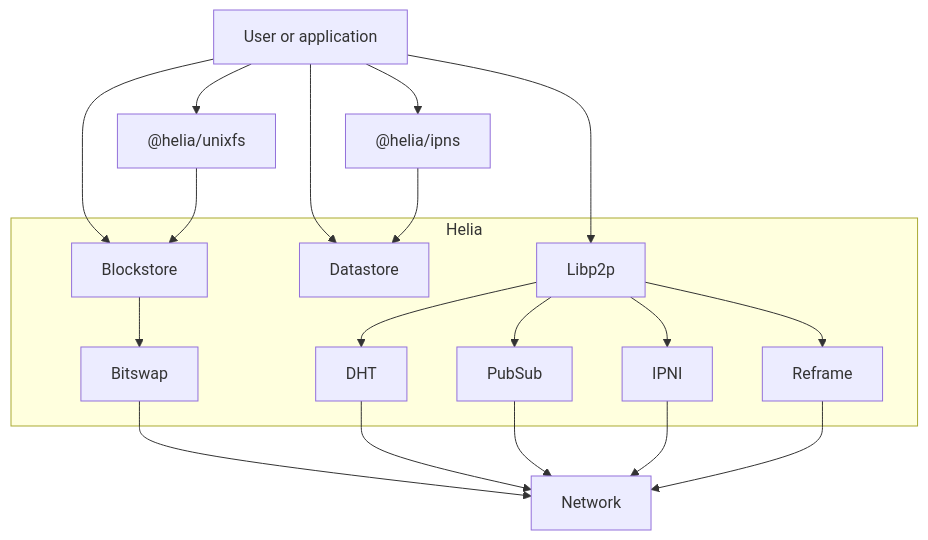
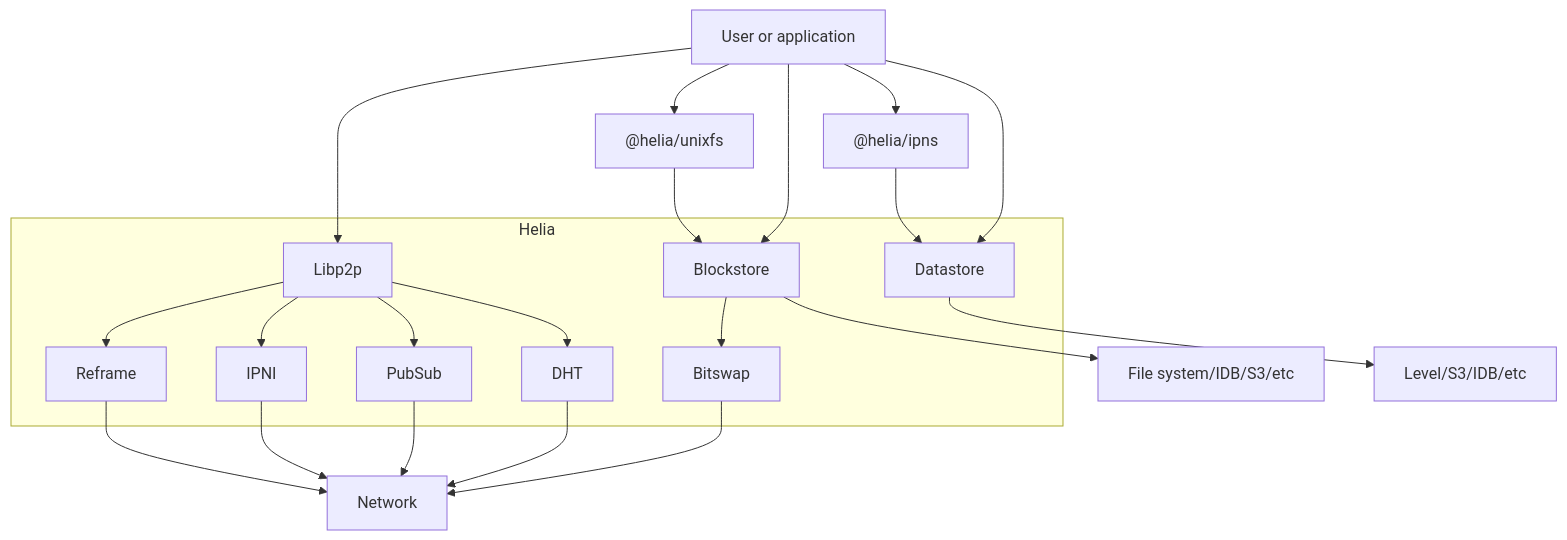
One commit to ipfs/helia changed the diagram in README.md. Above: the diagram before and after it, drawn with Mermaid.

Commit message:
docs: make storage external

````diff
--- a/README.md
+++ b/README.md
@@ -45,24 +45,25 @@
 ```mermaid
 graph TD;
     User["User or application"]-->IPNS["@helia/ipns"];
     User-->UnixFS["@helia/unixfs"];
     User-->Libp2p;
     User-->Datastore;
     User-->Blockstore;
     UnixFS-->Blockstore;
     IPNS-->Datastore;
     subgraph helia [Helia]
       Datastore
       Blockstore-->Bitswap;
       Libp2p-->DHT;
       Libp2p-->PubSub;
       Libp2p-->IPNI;
       Libp2p-->Reframe;
     end
+    Blockstore-->BlockStorage["File system/IDB/S3/etc"]
+    Datastore-->DataStorage["Level/S3/IDB/etc"]
     Bitswap-->Network;
-
     DHT-->Network;
     PubSub-->Network;
     IPNI-->Network;
     Reframe-->Network;
 ```
````
